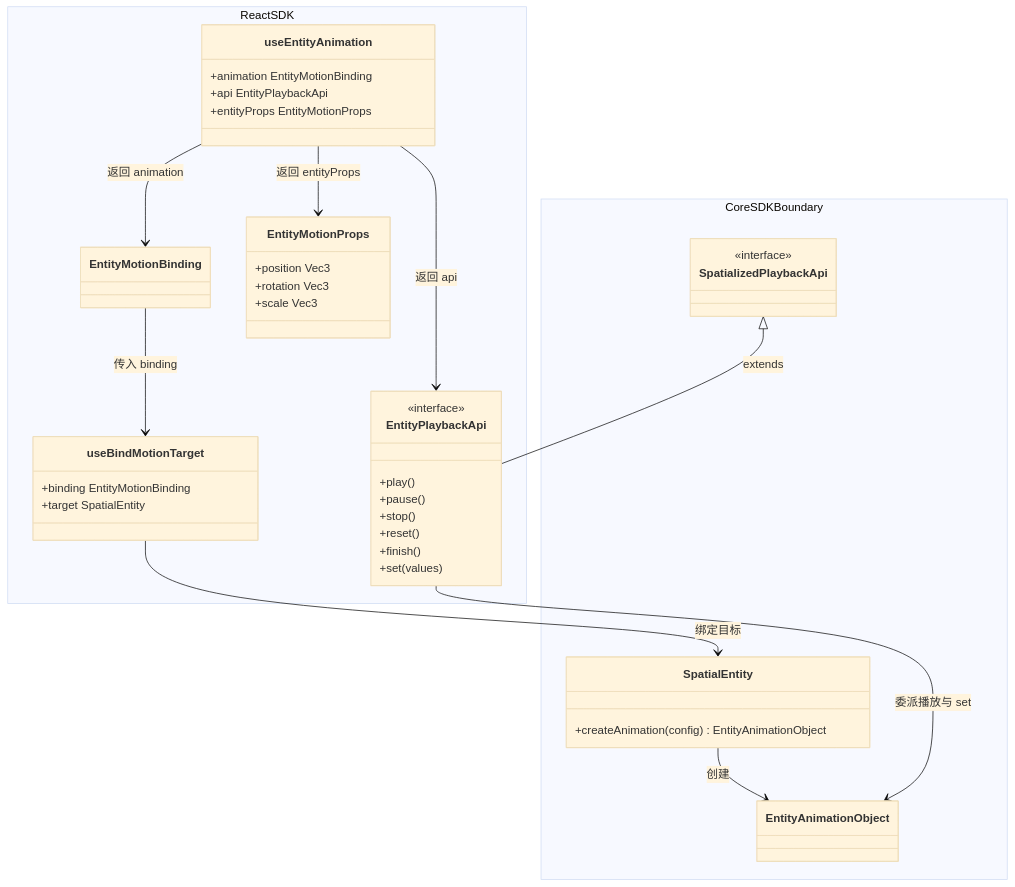
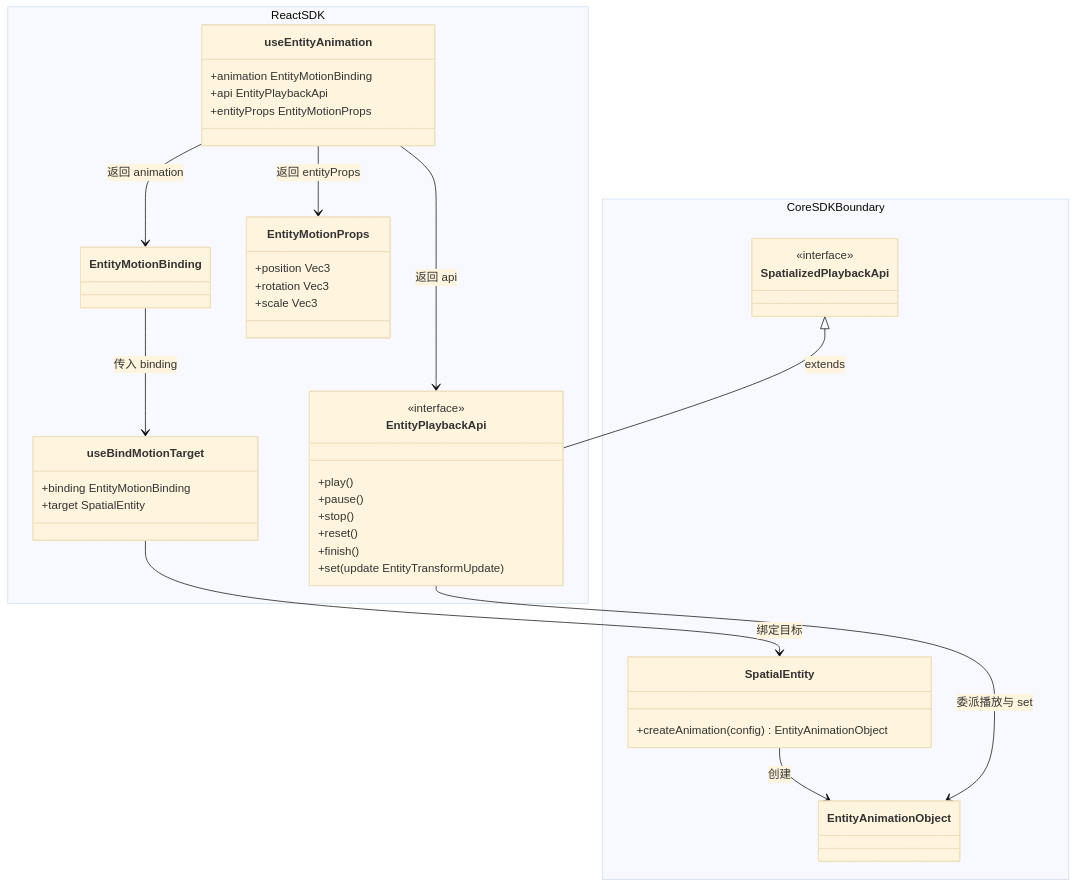
The fifth of 14 diagrams in openspec/changes/redesign-entity-motion-api/design.zh.md (webspatial/webspatial-sdk), drawn with Mermaid (base theme) before and after one commit. The commit also changed other lines of this file and 7 other files, not shown here.

````diff
--- a/openspec/changes/redesign-entity-motion-api/design.zh.md
+++ b/openspec/changes/redesign-entity-motion-api/design.zh.md
@@ -427,46 +437,46 @@
 ```mermaid
 classDiagram
     namespace ReactSDK {
         class useEntityAnimation {
             +animation EntityMotionBinding
             +api EntityPlaybackApi
             +entityProps EntityMotionProps
         }
         class EntityPlaybackApi {
             <<interface>>
             +play()
             +pause()
             +stop()
             +reset()
             +finish()
-            +set(values)
+            +set(update EntityTransformUpdate)
         }
         class EntityMotionBinding
         class EntityMotionProps {
             +position Vec3
             +rotation Vec3
             +scale Vec3
         }
         class useBindMotionTarget {
             +binding EntityMotionBinding
             +target SpatialEntity
         }
     }
     namespace CoreSDKBoundary {
         class SpatializedPlaybackApi {
             <<interface>>
         }
         class SpatialEntity {
             +createAnimation(config) EntityAnimationObject
         }
         class EntityAnimationObject
     }
     useEntityAnimation --> EntityMotionBinding : 返回 animation
     useEntityAnimation --> EntityPlaybackApi : 返回 api
     useEntityAnimation --> EntityMotionProps : 返回 entityProps
     EntityMotionBinding --> useBindMotionTarget : 传入 binding
     useBindMotionTarget --> SpatialEntity : 绑定目标
     SpatializedPlaybackApi <|-- EntityPlaybackApi : extends
     SpatialEntity --> EntityAnimationObject : 创建
     EntityPlaybackApi --> EntityAnimationObject : 委派播放与 set
 ```
````
